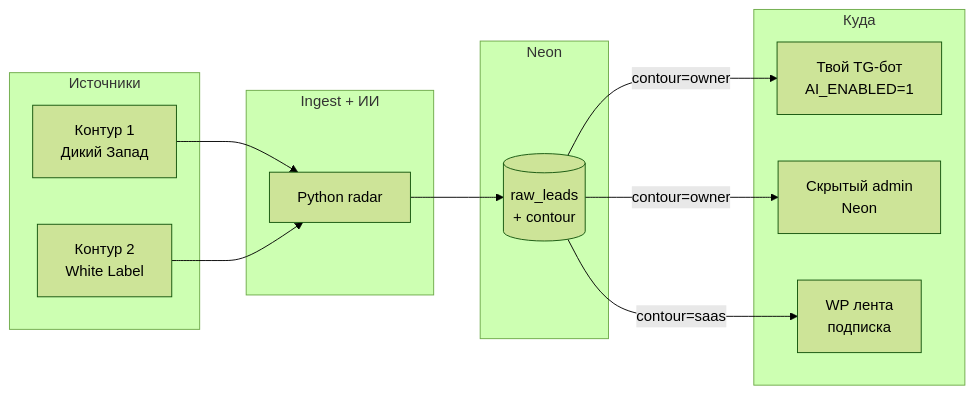
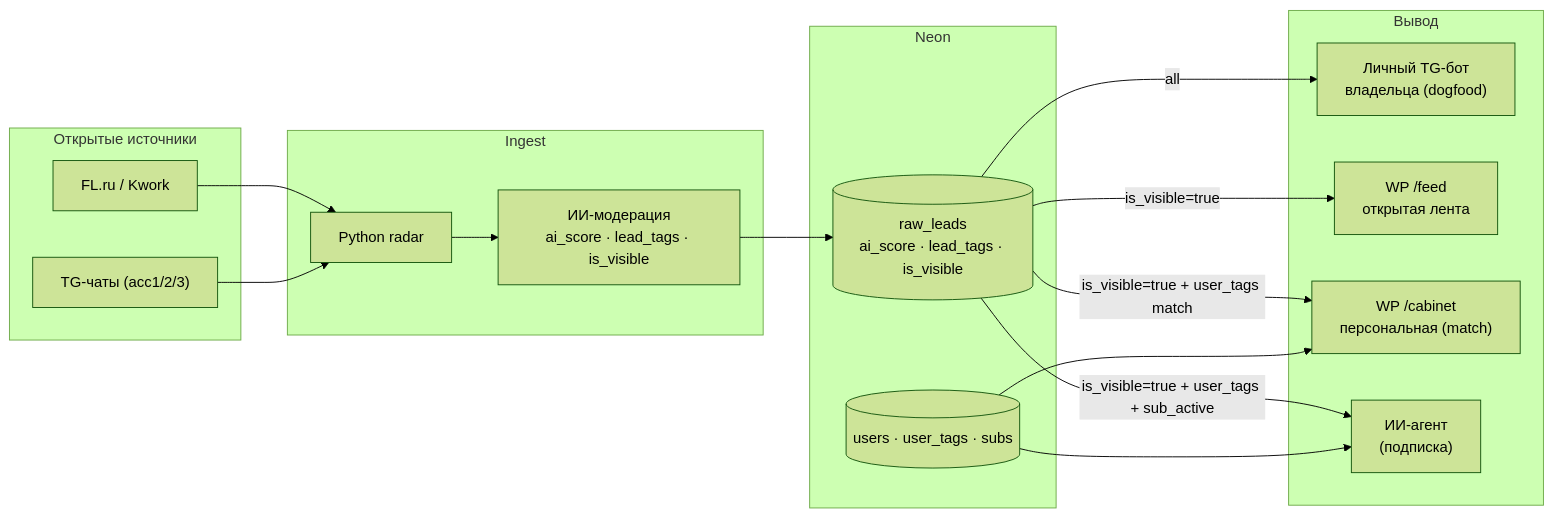
Before and after one commit to Rode51/rawlead: the second of 2 diagrams in docs/team/PRODUCT_VISION.md, drawn with Mermaid (forest theme). The commit also changed other lines of this file and 30 other files, not shown here.

First line of the commit message:
docs: принять vision v0.9, ROADMAP 3b-3f, cleanup дублей.

````diff
--- a/docs/team/PRODUCT_VISION.md
+++ b/docs/team/PRODUCT_VISION.md
@@ -84,25 +137,32 @@
 ```mermaid
 flowchart LR
-  subgraph sources["Источники"]
-    W["Контур 1\nДикий Запад"]
-    S["Контур 2\nWhite Label"]
+  subgraph sources["Открытые источники"]
+    FL["FL.ru / Kwork"]
+    TG["TG-чаты (acc1/2/3)"]
   end
-  subgraph ingest["Ingest + ИИ"]
+  subgraph ingest["Ingest"]
     R["Python radar"]
+    AI["ИИ-модерация\nai_score · lead_tags · is_visible"]
   end
   subgraph neon["Neon"]
-    L[("raw_leads\n+ contour")]
+    L[("raw_leads\nai_score · lead_tags · is_visible")]
+    U[("users · user_tags · subs")]
   end
-  subgraph out["Куда"]
-    BOT1["Твой TG-бот\nAI_ENABLED=1"]
-    ADM["Скрытый admin\nNeon"]
-    WP["WP лента\nподписка"]
+  subgraph out["Вывод"]
+    BOT["Личный TG-бот\nвладельца (dogfood)"]
+    PUB["WP /feed\nоткрытая лента"]
+    CAB["WP /cabinet\nперсональная (match)"]
+    AGENT["ИИ-агент\n(подписка)"]
   end
 
-  W --> R
-  S --> R
-  R --> L
-  L -->|contour=owner| BOT1
-  L -->|contour=owner| ADM
-  L -->|contour=saas| WP
+  FL --> R
+  TG --> R
+  R --> AI
+  AI --> L
+  L -->|all| BOT
+  L -->|is_visible=true| PUB
+  L -->|is_visible=true + user_tags match| CAB
+  L -->|is_visible=true + user_tags + sub_active| AGENT
+  U --> CAB
+  U --> AGENT
 ```
````
